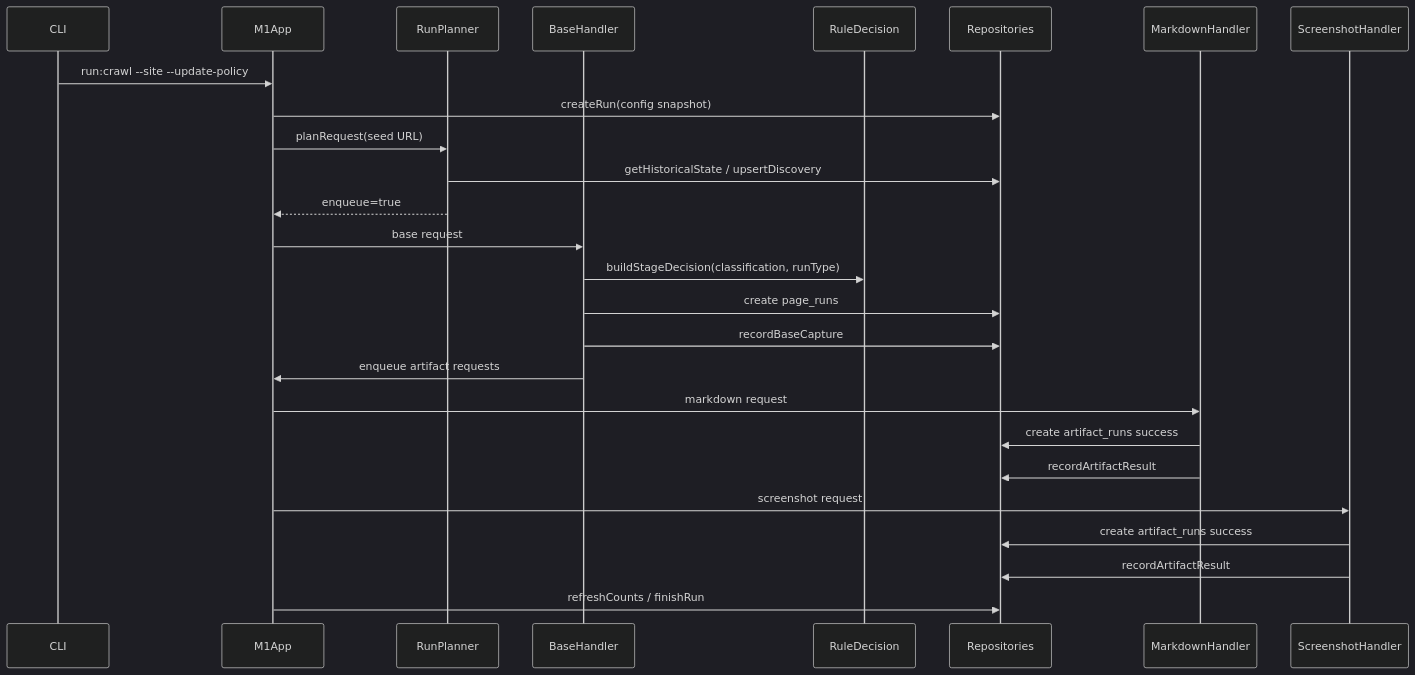
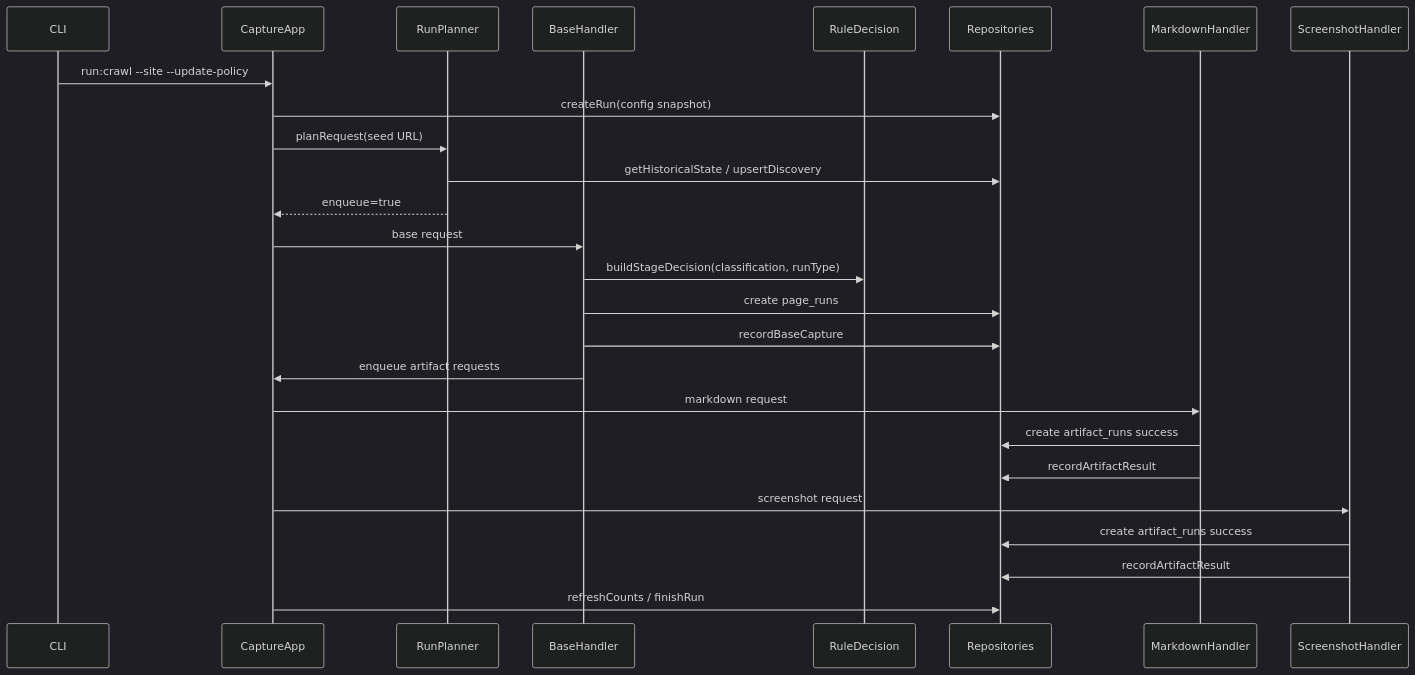
The seventh of 7 diagrams in docs/old-docs/init-m1/m1-implements.md (tianzhipeng-git/kvault-web-capture), drawn with Mermaid (dark theme) before and after one commit. The commit also changed other lines of this file and 20 other files, not shown here.

````diff
--- a/docs/old-docs/init-m1/m1-implements.md
+++ b/docs/old-docs/init-m1/m1-implements.md
@@ -310,29 +310,29 @@
 ```mermaid
 sequenceDiagram
     participant CLI
-    participant App as M1App
+    participant App as CaptureApp
     participant Planner as RunPlanner
     participant Base as BaseHandler
     participant Rules as RuleDecision
     participant Repos as Repositories
     participant MD as MarkdownHandler
     participant SS as ScreenshotHandler
 
     CLI->>App: run:crawl --site --update-policy
     App->>Repos: createRun(config snapshot)
     App->>Planner: planRequest(seed URL)
     Planner->>Repos: getHistoricalState / upsertDiscovery
     Planner-->>App: enqueue=true
     App->>Base: base request
     Base->>Rules: buildStageDecision(classification, runType)
     Base->>Repos: create page_runs
     Base->>Repos: recordBaseCapture
     Base->>App: enqueue artifact requests
     App->>MD: markdown request
     MD->>Repos: create artifact_runs success
     MD->>Repos: recordArtifactResult
     App->>SS: screenshot request
     SS->>Repos: create artifact_runs success
     SS->>Repos: recordArtifactResult
     App->>Repos: refreshCounts / finishRun
 ```
````
